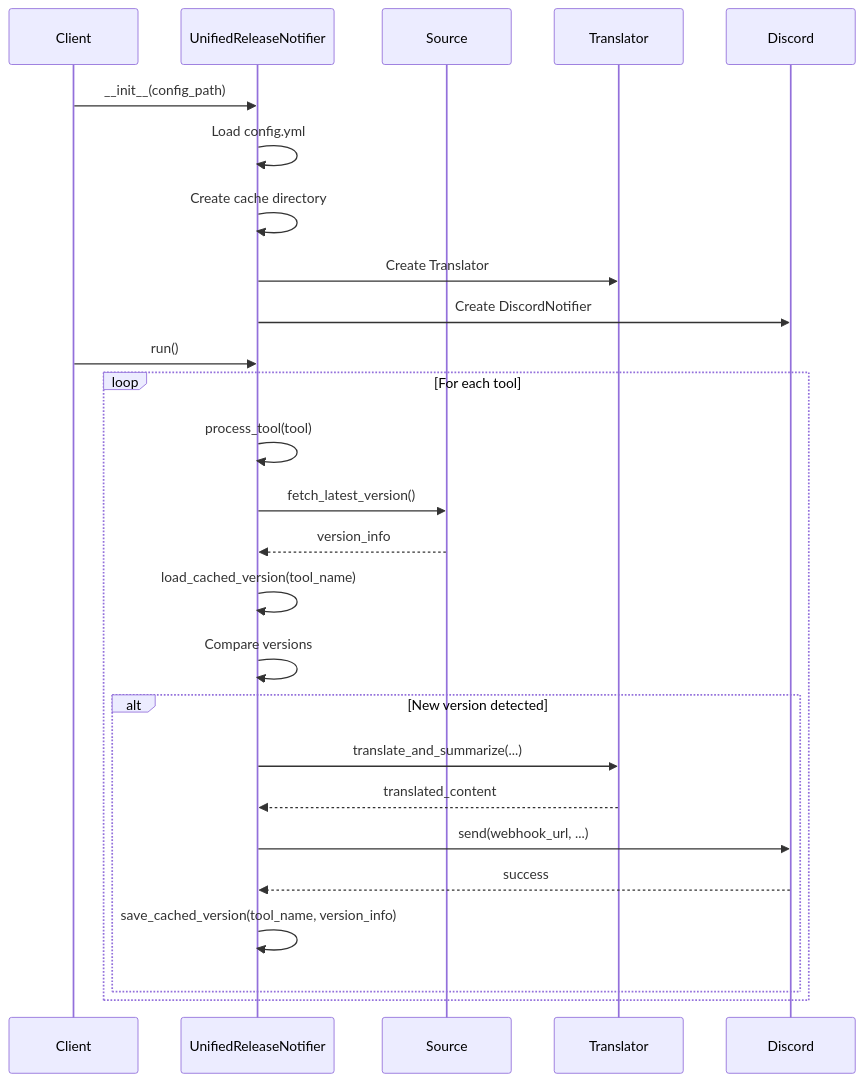
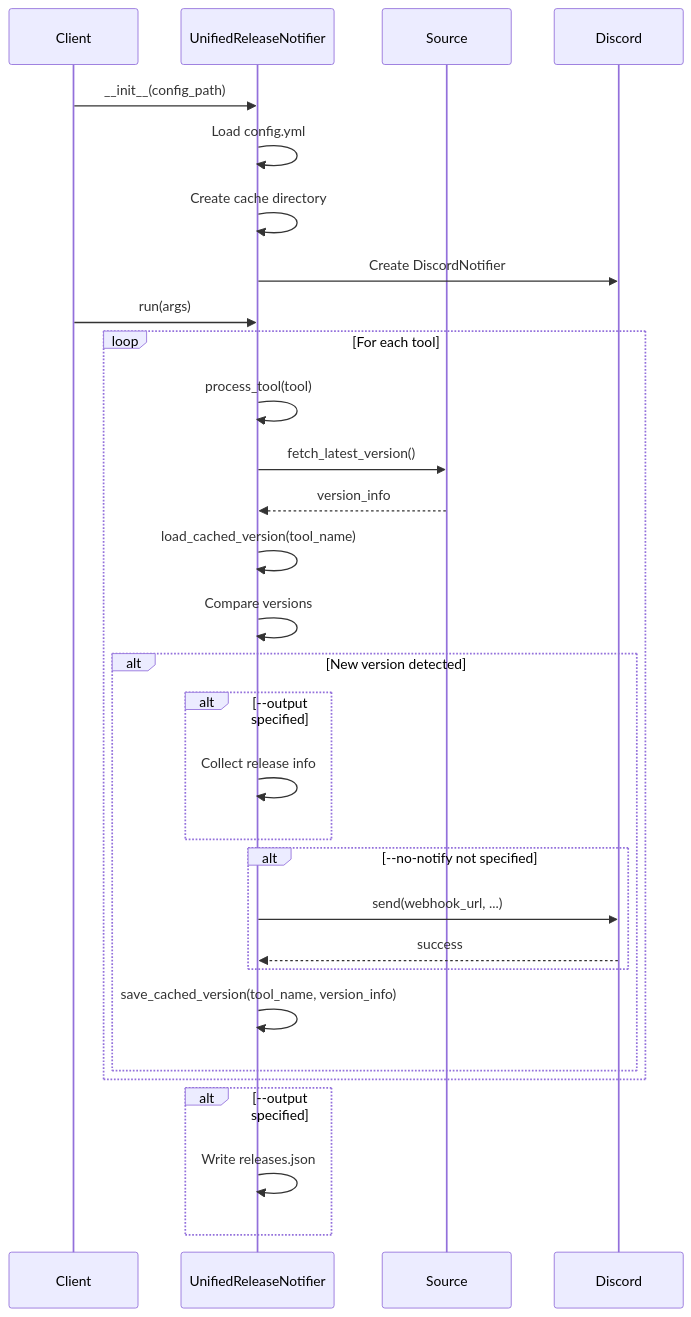
One commit to rysk-tanaka/devtools-release-notifier changed the seventh of 12 diagrams in docs/class-diagram.md. Above: the diagram before and after it, drawn with Mermaid. The commit also changed other lines of this file and 4 other files, not shown here.

First line of the commit message:
docs: update all documentation to reflect GitHub Actions architecture

````diff
--- a/docs/class-diagram.md
+++ b/docs/class-diagram.md
@@ -291,32 +259,36 @@
 ```mermaid
 sequenceDiagram
     participant Client
     participant URN as UnifiedReleaseNotifier
     participant Source
-    participant Trans as Translator
     participant Discord
 
     Client->>URN: __init__(config_path)
     URN->>URN: Load config.yml
     URN->>URN: Create cache directory
-    URN->>Trans: Create Translator
     URN->>Discord: Create DiscordNotifier
 
-    Client->>URN: run()
+    Client->>URN: run(args)
     loop For each tool
         URN->>URN: process_tool(tool)
         URN->>Source: fetch_latest_version()
         Source-->>URN: version_info
 
         URN->>URN: load_cached_version(tool_name)
         URN->>URN: Compare versions
 
         alt New version detected
-            URN->>Trans: translate_and_summarize(...)
-            Trans-->>URN: translated_content
-            URN->>Discord: send(webhook_url, ...)
-            Discord-->>URN: success
+            alt --output specified
+                URN->>URN: Collect release info
+            end
+            alt --no-notify not specified
+                URN->>Discord: send(webhook_url, ...)
+                Discord-->>URN: success
+            end
             URN->>URN: save_cached_version(tool_name, version_info)
         end
     end
+    alt --output specified
+        URN->>URN: Write releases.json
+    end
 ```
````
